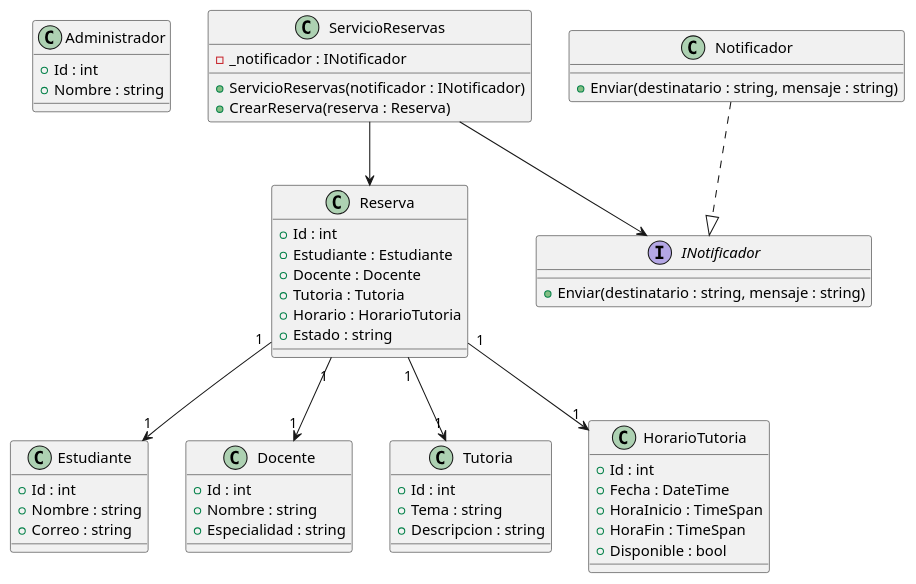
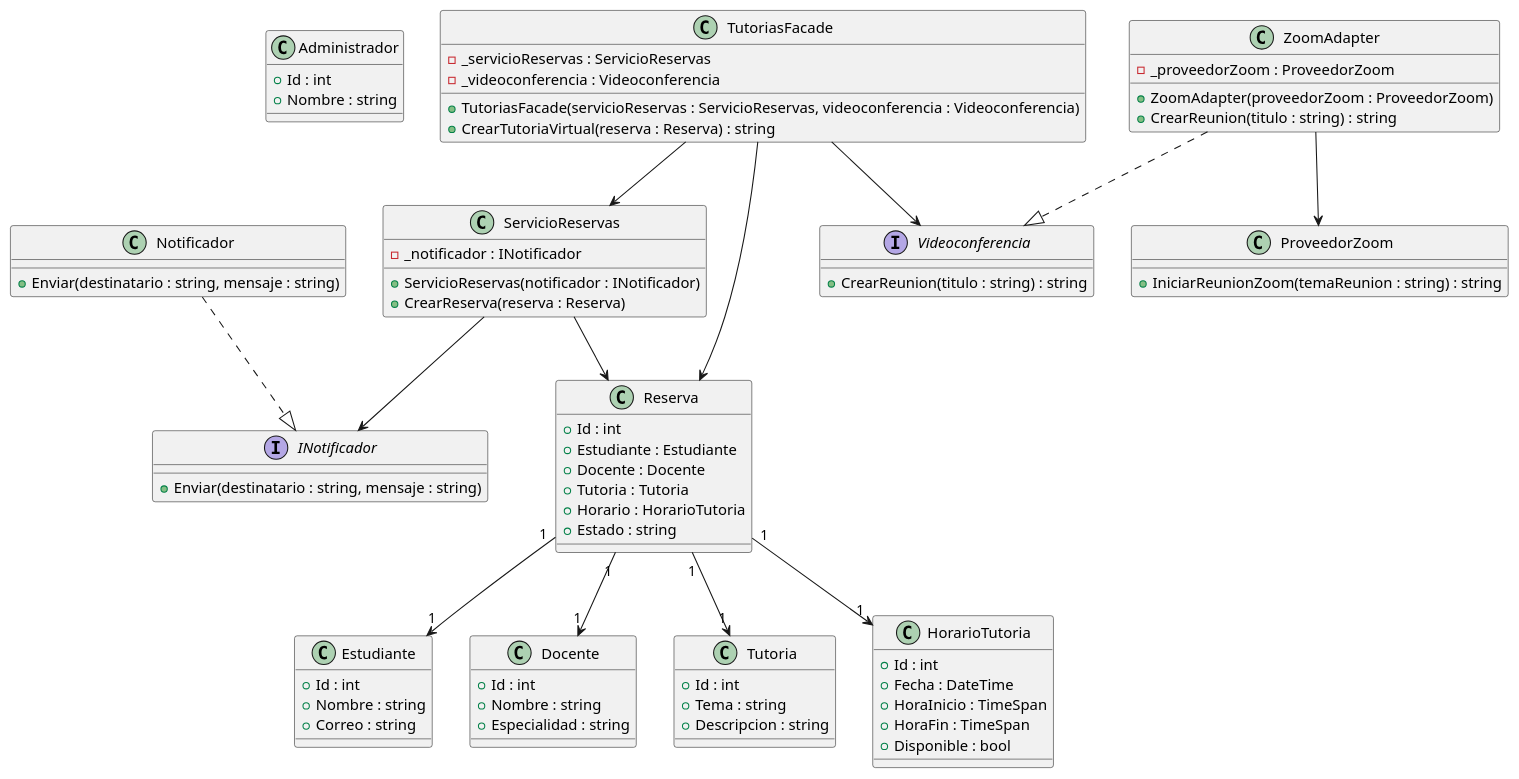
The diagram in Documentacion/modelo-clases.puml (Yampi8802/SistemaTutorias), drawn with PlantUML before and after one commit. The commit also changed 13 other files, not shown here.

Commit message:
Integra patrones Adapter y Facade

```diff
--- a/Documentacion/modelo-clases.puml
+++ b/Documentacion/modelo-clases.puml
@@ -1,68 +1,95 @@
 @startuml
 
 class Administrador {
     +Id : int
     +Nombre : string
 }
 
 class Estudiante {
     +Id : int
     +Nombre : string
     +Correo : string
 }
 
 class Docente {
     +Id : int
     +Nombre : string
     +Especialidad : string
 }
 
 class Tutoria {
     +Id : int
     +Tema : string
     +Descripcion : string
 }
 
 class HorarioTutoria {
     +Id : int
     +Fecha : DateTime
     +HoraInicio : TimeSpan
     +HoraFin : TimeSpan
     +Disponible : bool
 }
 
 class Reserva {
     +Id : int
     +Estudiante : Estudiante
     +Docente : Docente
     +Tutoria : Tutoria
     +Horario : HorarioTutoria
     +Estado : string
 }
 
 interface INotificador {
     +Enviar(destinatario : string, mensaje : string)
 }
 
 class Notificador {
     +Enviar(destinatario : string, mensaje : string)
 }
 
 class ServicioReservas {
     -_notificador : INotificador
     +ServicioReservas(notificador : INotificador)
     +CrearReserva(reserva : Reserva)
 }
 
+interface Videoconferencia {
+    +CrearReunion(titulo : string) : string
+}
+
+class ProveedorZoom {
+    +IniciarReunionZoom(temaReunion : string) : string
+}
+
+class ZoomAdapter {
+    -_proveedorZoom : ProveedorZoom
+    +ZoomAdapter(proveedorZoom : ProveedorZoom)
+    +CrearReunion(titulo : string) : string
+}
+
+class TutoriasFacade {
+    -_servicioReservas : ServicioReservas
+    -_videoconferencia : Videoconferencia
+    +TutoriasFacade(servicioReservas : ServicioReservas, videoconferencia : Videoconferencia)
+    +CrearTutoriaVirtual(reserva : Reserva) : string
+}
+
 Reserva "1" --> "1" Estudiante
 Reserva "1" --> "1" Docente
 Reserva "1" --> "1" Tutoria
 Reserva "1" --> "1" HorarioTutoria
 
 Notificador ..|> INotificador
 
 ServicioReservas --> Reserva
 ServicioReservas --> INotificador
 
+ZoomAdapter ..|> Videoconferencia
+ZoomAdapter --> ProveedorZoom
+
+TutoriasFacade --> ServicioReservas
+TutoriasFacade --> Videoconferencia
+TutoriasFacade --> Reserva
 
 @enduml
```
